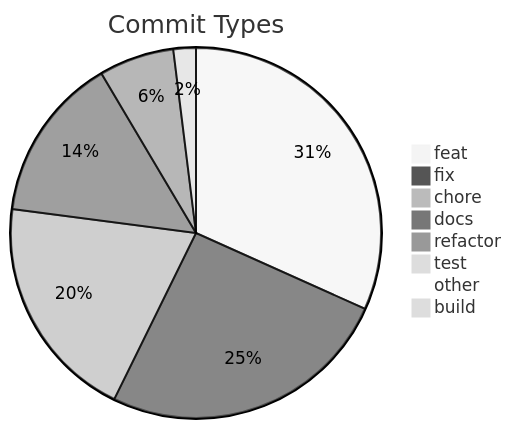
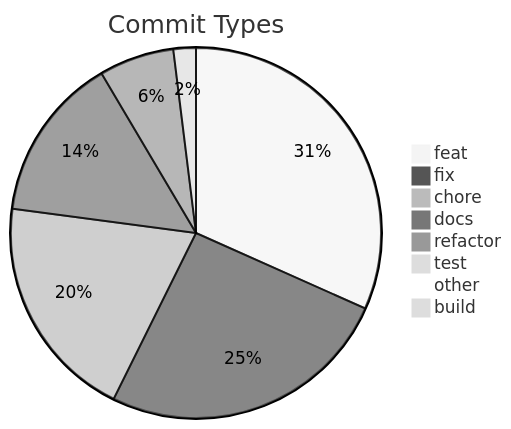
One commit to svenroth-ai/shipwright changed the diagram in .shipwright/compliance/change-history.md. Above: the diagram before and after it, drawn with Mermaid (neutral theme). The commit also changed other lines of this file and 8 other files, not shown here.

````diff
--- a/.shipwright/compliance/change-history.md
+++ b/.shipwright/compliance/change-history.md
@@ -8,11 +8,11 @@
 ```mermaid
 pie title Commit Types
     "feat" : 242
-    "fix" : 195
+    "fix" : 196
     "chore" : 151
     "docs" : 110
     "refactor" : 50
     "test" : 15
     "other" : 7
     "build" : 1
 ```
````
